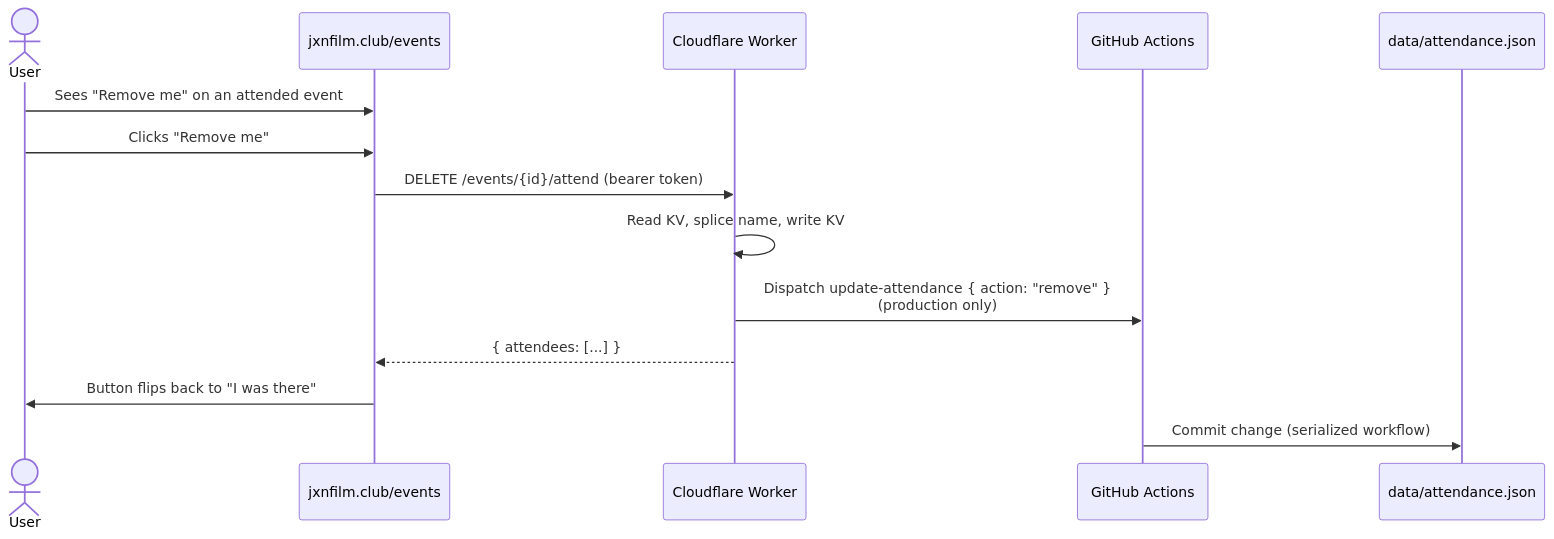
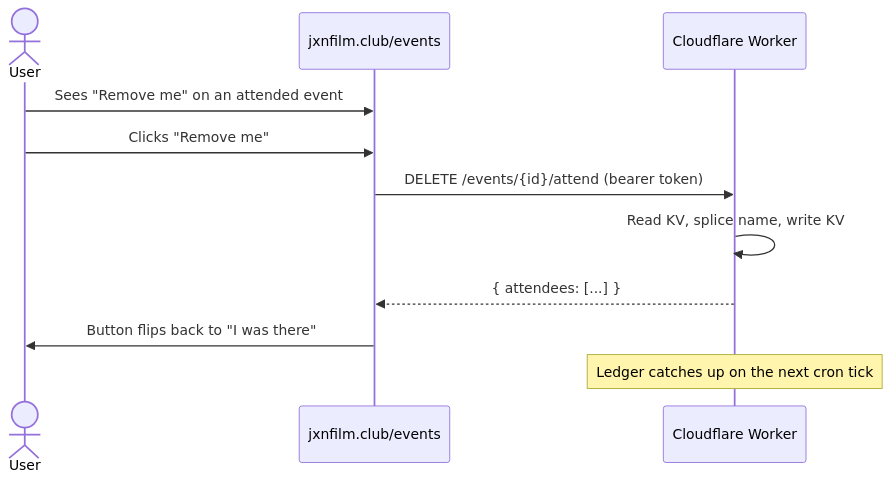
One commit to michaellambgelo/jxnfilmclub changed the second of 3 diagrams in docs/features/attendance.md. Above: the diagram before and after it, drawn with Mermaid. The commit also changed other lines of this file and 9 other files, not shown here.

First line of the commit message:
Replace per-click attendance dispatch with 10-minute snapshot

````diff
--- a/docs/features/attendance.md
+++ b/docs/features/attendance.md
@@ -28,17 +31,15 @@
 ```mermaid
 sequenceDiagram
     actor User
     participant Events as jxnfilm.club/events
     participant Worker as Cloudflare Worker
-    participant GH as GitHub Actions
-    participant JSON as data/attendance.json
 
     User->>Events: Sees "Remove me" on an attended event
     User->>Events: Clicks "Remove me"
     Events->>Worker: DELETE /events/{id}/attend (bearer token)
     Worker->>Worker: Read KV, splice name, write KV
-    Worker->>GH: Dispatch update-attendance { action: "remove" }<br/>(production only)
     Worker-->>Events: { attendees: [...] }
     Events->>User: Button flips back to "I was there"
-    GH->>JSON: Commit change (serialized workflow)
+
+    Note over Worker: Ledger catches up on the next cron tick
 ```
````
